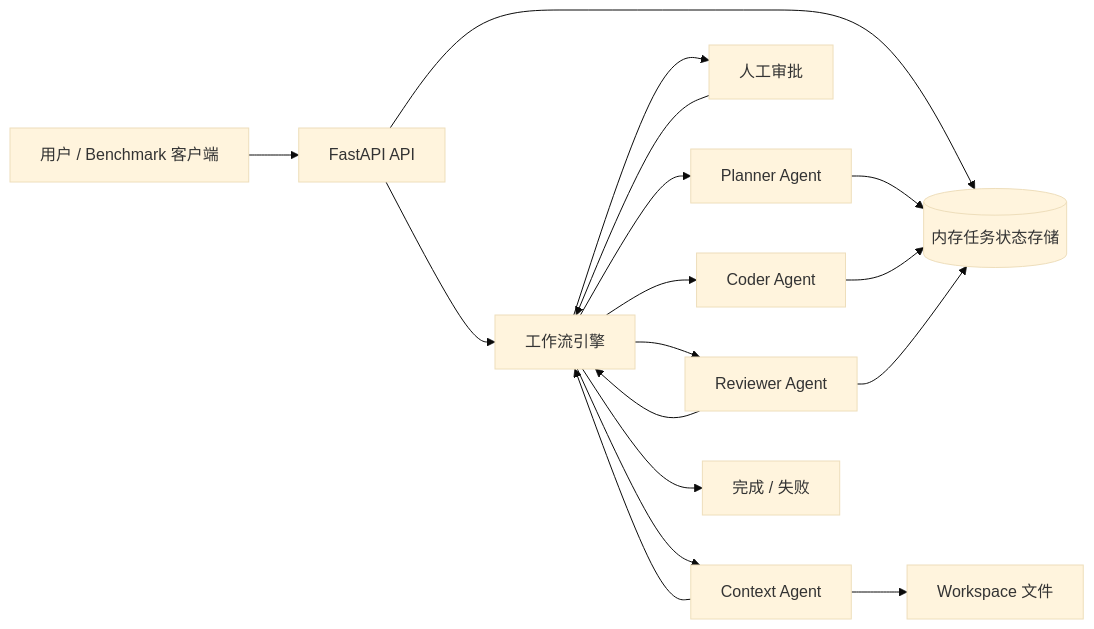
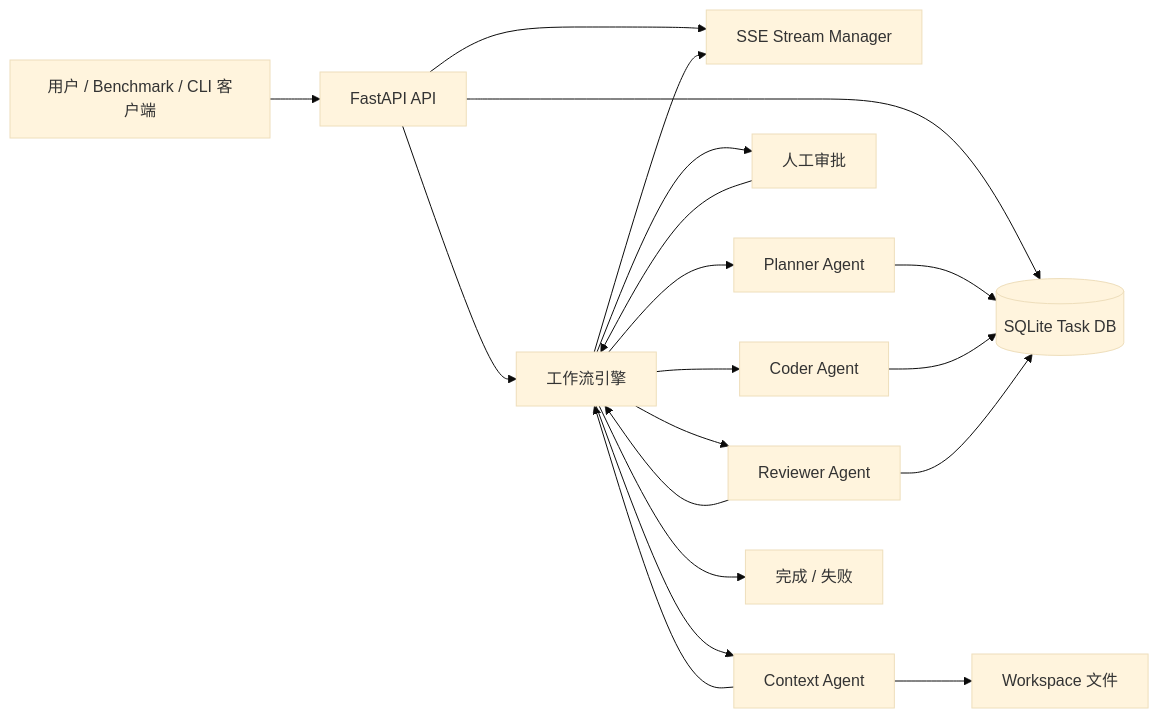
One commit to ZZUwxr/ai_coding_assistant changed the diagram in README.md. Above: the diagram before and after it, drawn with Mermaid (base theme). The commit also changed other lines of this file and 18 other files, not shown here.

Commit message:
feat: add realtime CLI streaming and document latest architecture

````diff
--- a/README.md
+++ b/README.md
@@ -34,24 +36,26 @@
 ```mermaid
 flowchart LR
-    User[用户 / Benchmark 客户端] --> API[FastAPI API]
-    API --> TaskStore[(内存任务状态存储)]
+    User[用户 / Benchmark / CLI 客户端] --> API[FastAPI API]
+    API --> TaskStore[(SQLite Task DB)]
     API --> Workflow[工作流引擎]
+    API --> Stream[SSE Stream Manager]
 
     Workflow --> Planner[Planner Agent]
     Planner --> TaskStore
     Workflow --> Approval[人工审批]
     Approval --> Workflow
 
     Workflow --> Context[Context Agent]
     Context --> Workspace[Workspace 文件]
     Context --> Workflow
 
     Workflow --> Coder[Coder Agent]
     Coder --> TaskStore
 
     Workflow --> Reviewer[Reviewer Agent]
     Reviewer --> TaskStore
     Reviewer --> Workflow
+    Workflow --> Stream
 
     Workflow --> Result[完成 / 失败]
 ```
````
